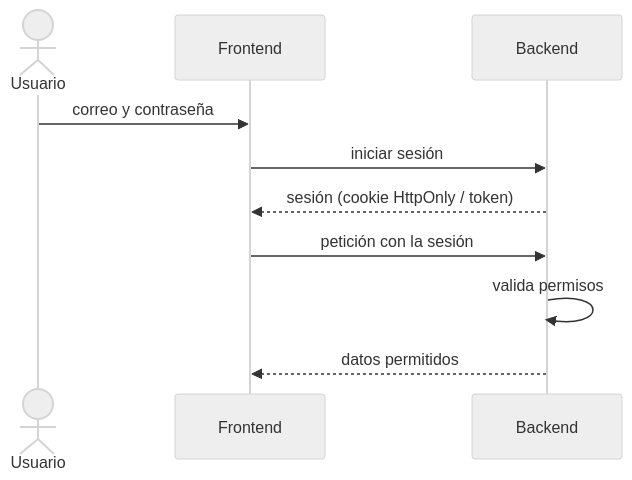
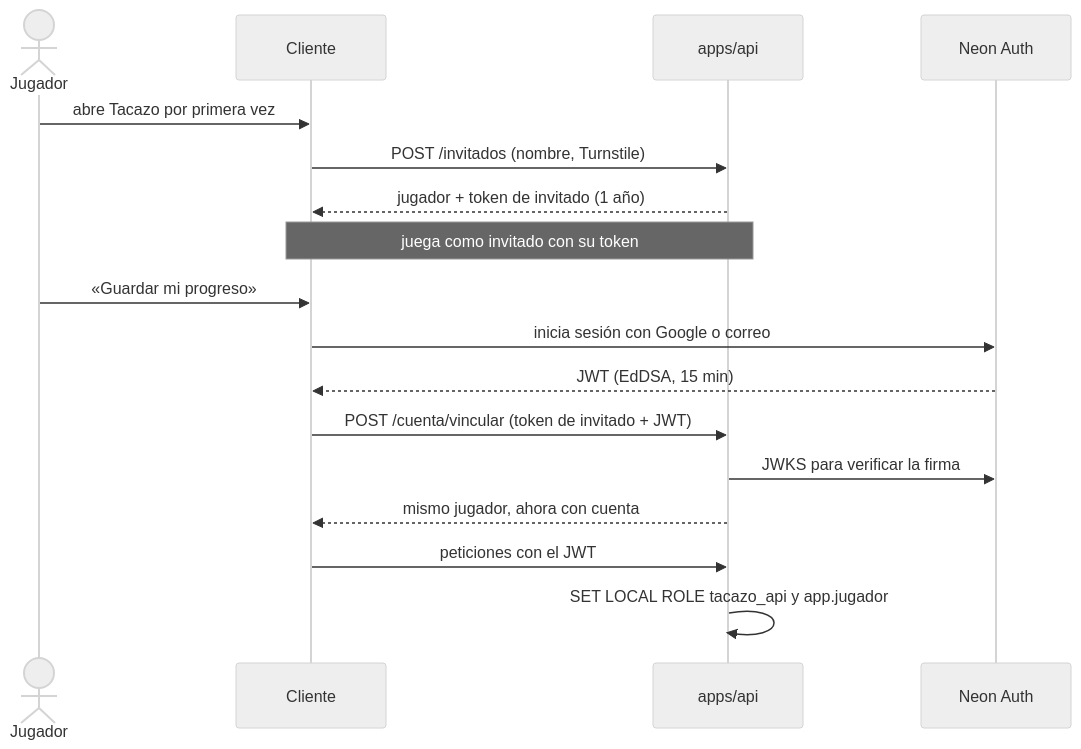
One commit to Juan-Carlos-Estevez-Vargas/Tacazo changed the sixth of 10 diagrams in docs/DIAGRAMAS.md. Above: the diagram before and after it, drawn with Mermaid (neutral theme). The commit also changed other lines of this file and 12 other files, not shown here.

First line of the commit message:
feat: invitados y cuentas con Neon Auth en una API Fastify (#63)

````diff
--- a/docs/DIAGRAMAS.md
+++ b/docs/DIAGRAMAS.md
@@ -135,12 +135,19 @@
 ```mermaid
 sequenceDiagram
-  actor U as Usuario
-  participant FE as Frontend
-  participant API as Backend
-  U->>FE: correo y contraseña
-  FE->>API: iniciar sesión
-  API-->>FE: sesión (cookie HttpOnly / token)
-  FE->>API: petición con la sesión
-  API->>API: valida permisos
-  API-->>FE: datos permitidos
+  actor U as Jugador
+  participant C as Cliente
+  participant API as apps/api
+  participant NA as Neon Auth
+  U->>C: abre Tacazo por primera vez
+  C->>API: POST /invitados (nombre, Turnstile)
+  API-->>C: jugador + token de invitado (1 año)
+  Note over C,API: juega como invitado con su token
+  U->>C: «Guardar mi progreso»
+  C->>NA: inicia sesión con Google o correo
+  NA-->>C: JWT (EdDSA, 15 min)
+  C->>API: POST /cuenta/vincular (token de invitado + JWT)
+  API->>NA: JWKS para verificar la firma
+  API-->>C: mismo jugador, ahora con cuenta
+  C->>API: peticiones con el JWT
+  API->>API: SET LOCAL ROLE tacazo_api y app.jugador
 ```
````
